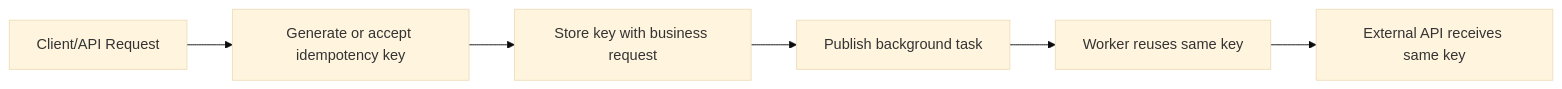
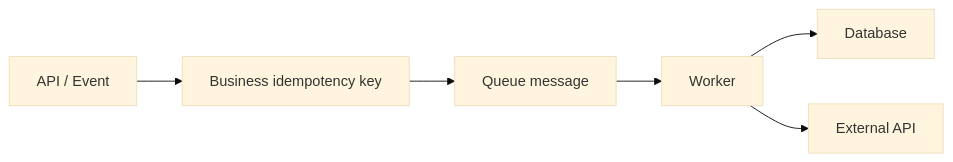
The third of 4 diagrams in src/content/task-processing/idempotency-background-tasks.md (AvadhBhalodiya/Interview-Preparation), drawn with Mermaid (base theme) before and after one commit. The commit also changed other lines of this file and 80 other files, not shown here.

````diff
--- a/src/content/task-processing/idempotency-background-tasks.md
+++ b/src/content/task-processing/idempotency-background-tasks.md
@@ -239,8 +214,8 @@
 ```mermaid
 flowchart LR
-    A[Client/API Request] --> B[Generate or accept idempotency key]
-    B --> C[Store key with business request]
-    C --> D[Publish background task]
-    D --> E[Worker reuses same key]
-    E --> F[External API receives same key]
+    A[API / Event] --> B[Business idempotency key]
+    B --> C[Queue message]
+    C --> D[Worker]
+    D --> E[Database]
+    D --> F[External API]
 ```
````
